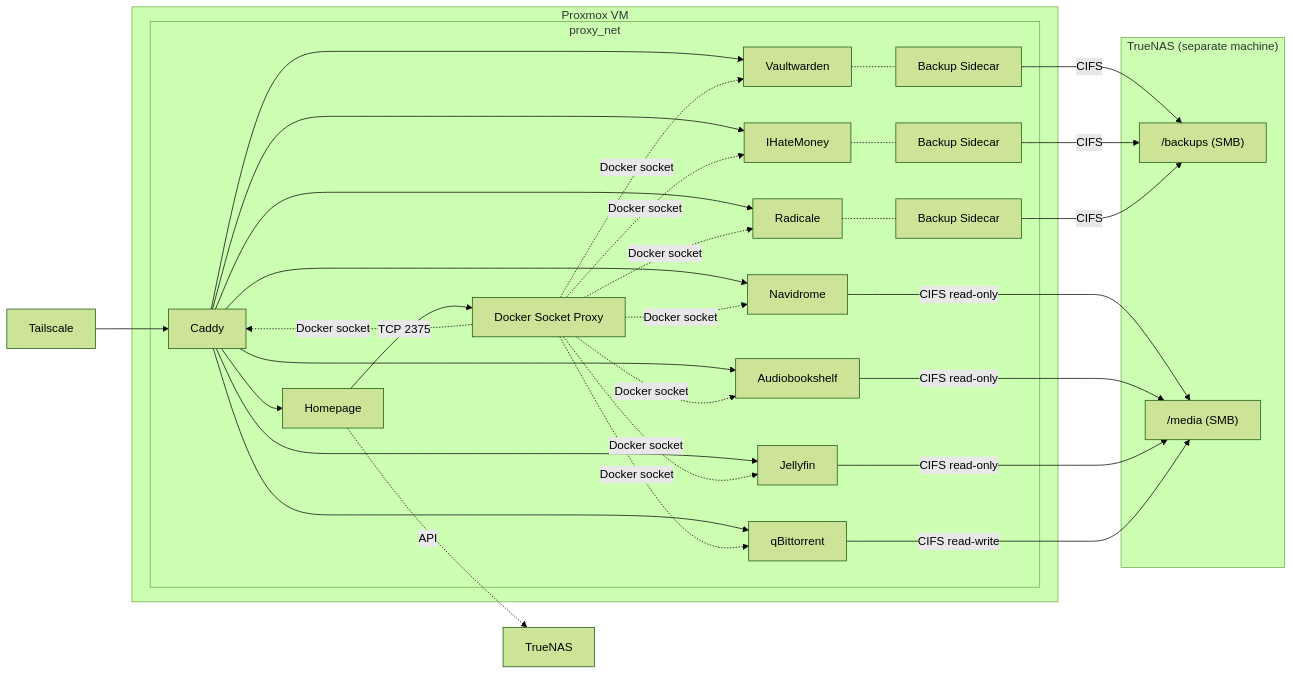
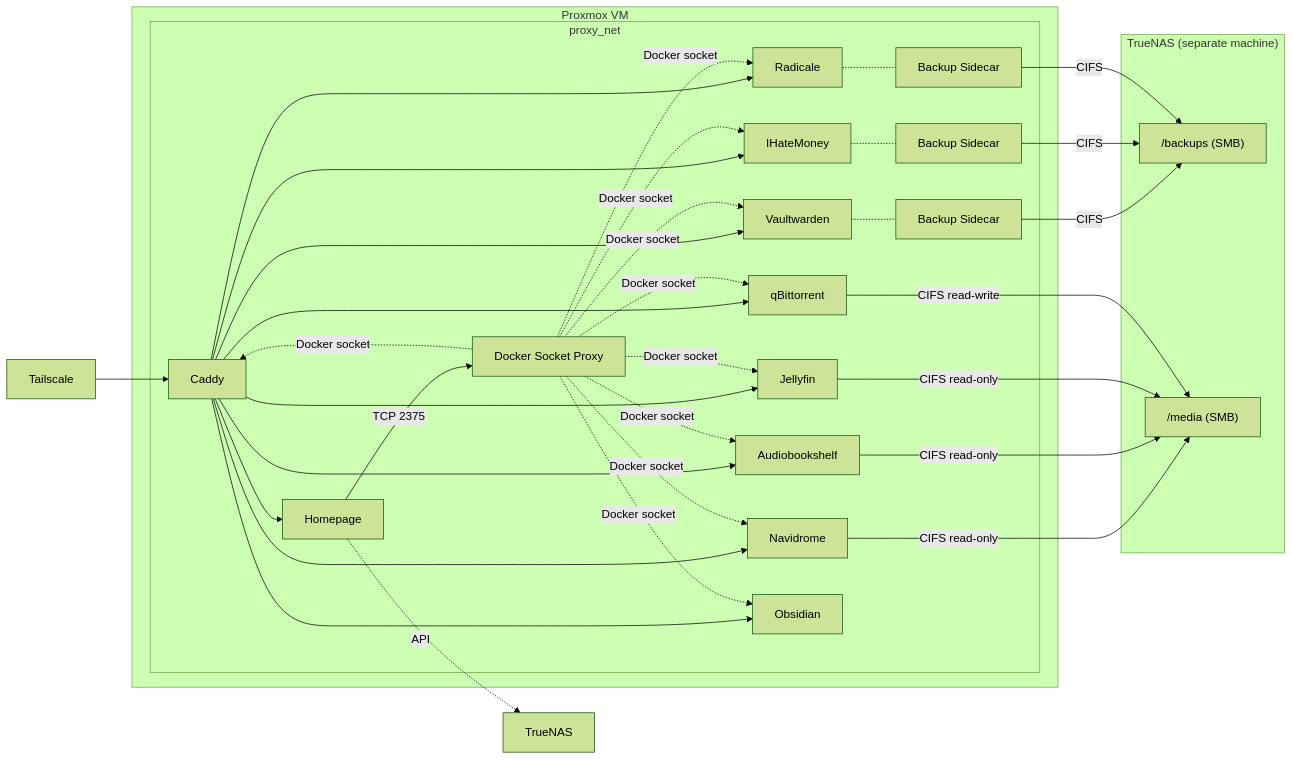
The first of 2 diagrams in README.md (masolnada/homelab), drawn with Mermaid (forest theme) before and after one commit. The commit also changed other lines of this file and 5 other files, not shown here.

````diff
--- a/README.md
+++ b/README.md
@@ -7,44 +7,46 @@
 ```mermaid
 graph LR
     TS[Tailscale] --> Caddy
 
     subgraph VM["Proxmox VM"]
         subgraph proxy_net
             Caddy --> Homepage
             Caddy --> Vaultwarden
             Caddy --> Navidrome
             Caddy --> Audiobookshelf
             Caddy --> IHateMoney
             Caddy --> Jellyfin
             Caddy --> qBittorrent
             Caddy --> Radicale
+            Caddy --> Obsidian
             Homepage -->|TCP 2375| DockerProxy[Docker Socket Proxy]
             DockerProxy -.->|Docker socket| Caddy
             DockerProxy -.->|Docker socket| Vaultwarden
             DockerProxy -.->|Docker socket| Navidrome
             DockerProxy -.->|Docker socket| Audiobookshelf
             DockerProxy -.->|Docker socket| IHateMoney
             DockerProxy -.->|Docker socket| Jellyfin
             DockerProxy -.->|Docker socket| qBittorrent
             DockerProxy -.->|Docker socket| Radicale
+            DockerProxy -.->|Docker socket| Obsidian
             Vaultwarden -.- Backup[Backup Sidecar]
             IHateMoney -.- IHMBackup[Backup Sidecar]
             Radicale -.- RadBackup[Backup Sidecar]
         end
     end
 
     subgraph NAS["TrueNAS (separate machine)"]
         backups["/backups (SMB)"]
         media["/media (SMB)"]
     end
 
     Homepage -.->|API| TrueNAS
 
     Backup -->|CIFS| backups
     IHMBackup -->|CIFS| backups
     RadBackup -->|CIFS| backups
     Navidrome -->|CIFS read-only| media
     Audiobookshelf -->|CIFS read-only| media
     Jellyfin -->|CIFS read-only| media
     qBittorrent -->|CIFS read-write| media
 ```
````
